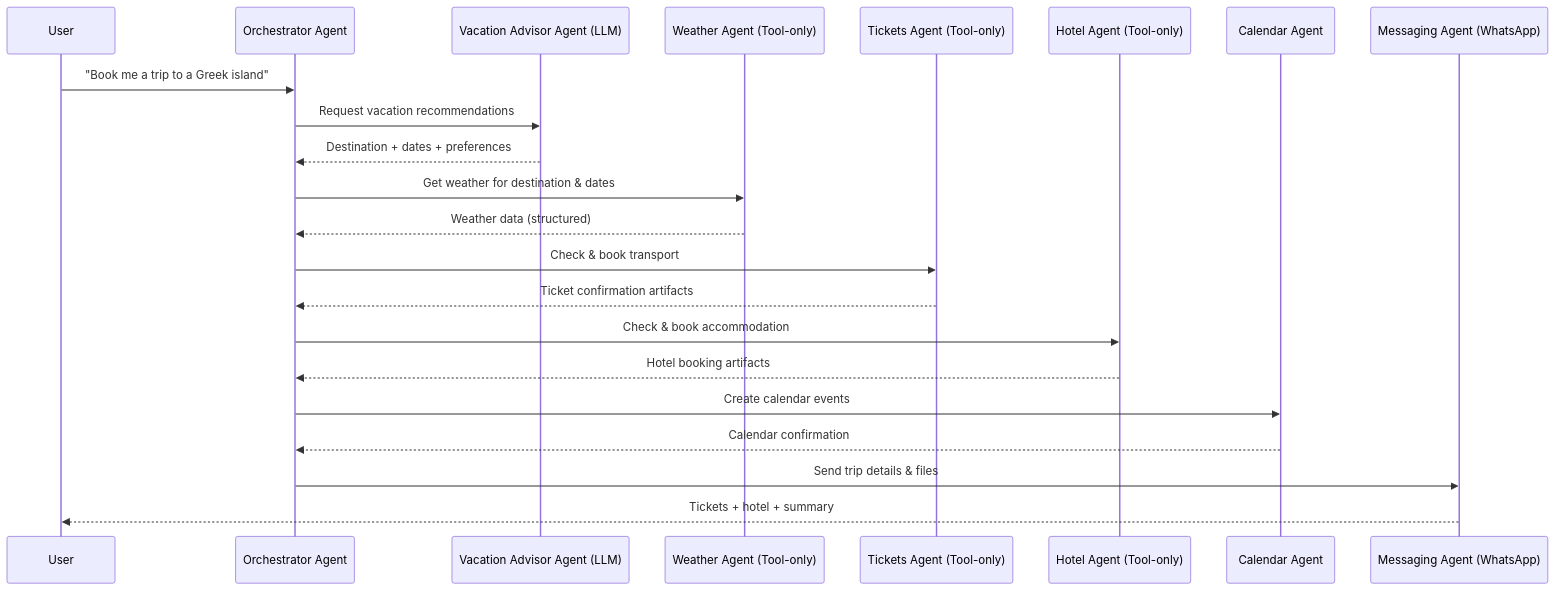
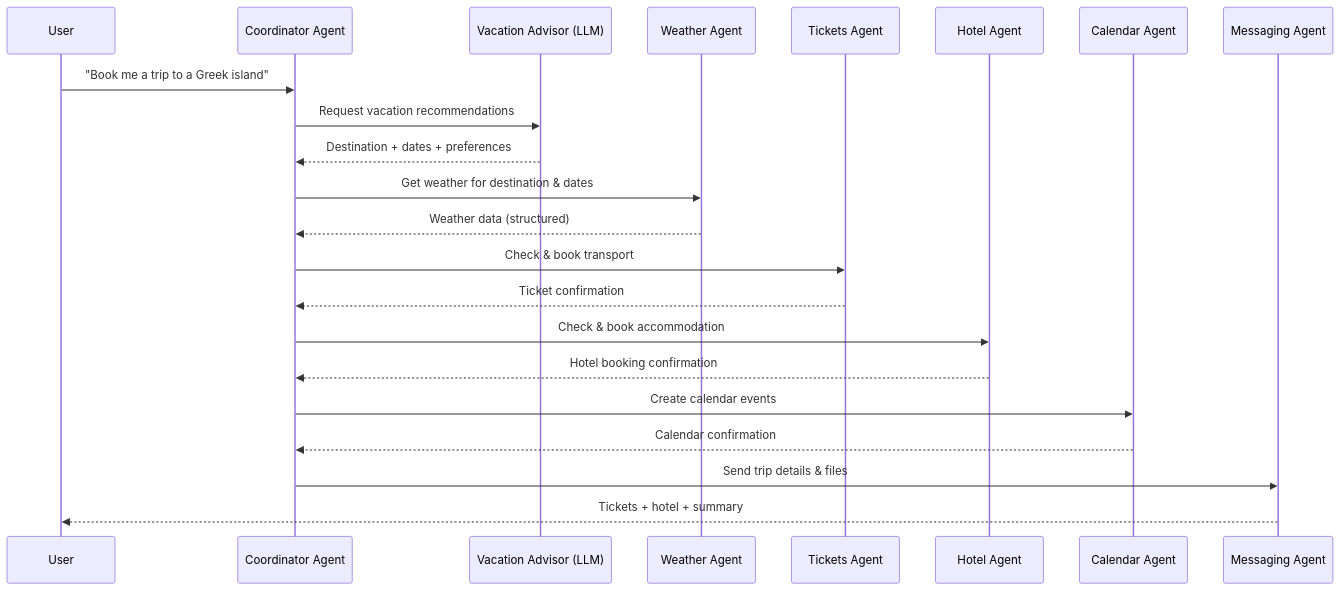
One commit to nMaroulis/protolink changed the diagram in examples/ticket_booking/README.md. Above: the diagram before and after it, drawn with Mermaid. The commit also changed other lines of this file and 15 other files, not shown here.

````diff
--- a/examples/ticket_booking/README.md
+++ b/examples/ticket_booking/README.md
@@ -87,31 +277,31 @@
 ```mermaid
 sequenceDiagram
     participant User
-    participant Orchestrator as Orchestrator Agent
-    participant Advisor as Vacation Advisor Agent (LLM)
-    participant Weather as Weather Agent (Tool-only)
-    participant Tickets as Tickets Agent (Tool-only)
-    participant Hotel as Hotel Agent (Tool-only)
+    participant Orchestrator as Coordinator Agent
+    participant Advisor as Vacation Advisor (LLM)
+    participant Weather as Weather Agent
+    participant Tickets as Tickets Agent
+    participant Hotel as Hotel Agent
     participant Calendar as Calendar Agent
-    participant Messenger as Messaging Agent (WhatsApp)
+    participant Messenger as Messaging Agent
 
     User->>Orchestrator: "Book me a trip to a Greek island"
     
     Orchestrator->>Advisor: Request vacation recommendations
     Advisor-->>Orchestrator: Destination + dates + preferences
     
     Orchestrator->>Weather: Get weather for destination & dates
     Weather-->>Orchestrator: Weather data (structured)
     
     Orchestrator->>Tickets: Check & book transport
-    Tickets-->>Orchestrator: Ticket confirmation artifacts
+    Tickets-->>Orchestrator: Ticket confirmation
     
     Orchestrator->>Hotel: Check & book accommodation
-    Hotel-->>Orchestrator: Hotel booking artifacts
+    Hotel-->>Orchestrator: Hotel booking confirmation
     
     Orchestrator->>Calendar: Create calendar events
     Calendar-->>Orchestrator: Calendar confirmation
     
     Orchestrator->>Messenger: Send trip details & files
     Messenger-->>User: Tickets + hotel + summary
 ```
````
